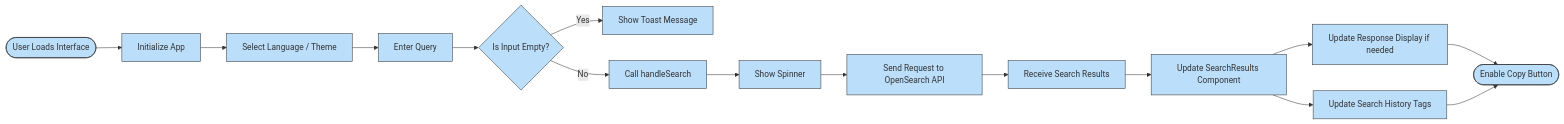
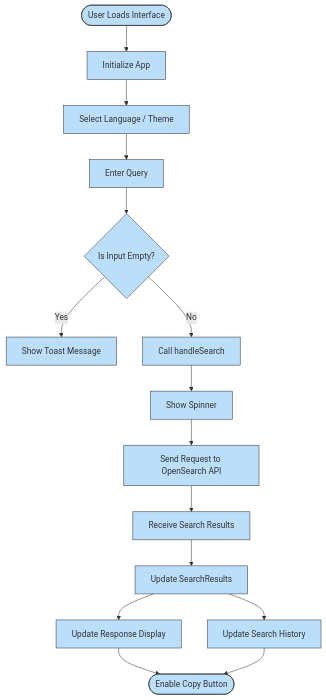
Before and after one commit to AbdullahHamad04/ndoc: the second of 2 diagrams in summary.md, drawn with Mermaid.

````diff
--- a/summary.md
+++ b/summary.md
@@ -90,19 +90,20 @@
 ```mermaid
-flowchart LR
+flowchart TD
 
-A1([User Loads Interface]) --> A2[Initialize App] --> A3[Select Language / Theme] --> A4[Enter Query]
+A1([User Loads Interface]) --> A2[Initialize App] --> A3[Select Language / Theme]
+A3 --> A4[Enter Query]
 
 A4 --> B1{Is Input Empty?}
 B1 -->|Yes| B2[Show Toast Message]
-B1 -->|No| C1[Call handleSearch] --> D1[Show Spinner] --> D2[Send Request to OpenSearch API] --> D3[Receive Search Results]
+B1 -->|No| C1[Call handleSearch]
 
-D3 --> D4[Update SearchResults Component]
-D4 --> E1[Update Response Display if needed]
-D4 --> E2[Update Search History Tags]
+C1 --> D1[Show Spinner] --> D2[Send Request to OpenSearch API] --> D3[Receive Search Results]
 
-E1 --> F1([Enable Copy Button])
-E2 --> F1
+D3 --> D4[Update SearchResults]
+D4 --> E1[Update Response Display] --> F1([Enable Copy Button])
+D4 --> E2[Update Search History] --> F1
 
 classDef node fill:#bbdefb,stroke:#333,stroke-width:1px;
 class A1,A2,A3,A4,B1,B2,C1,D1,D2,D3,D4,E1,E2,F1 node;
+
 ```
````
